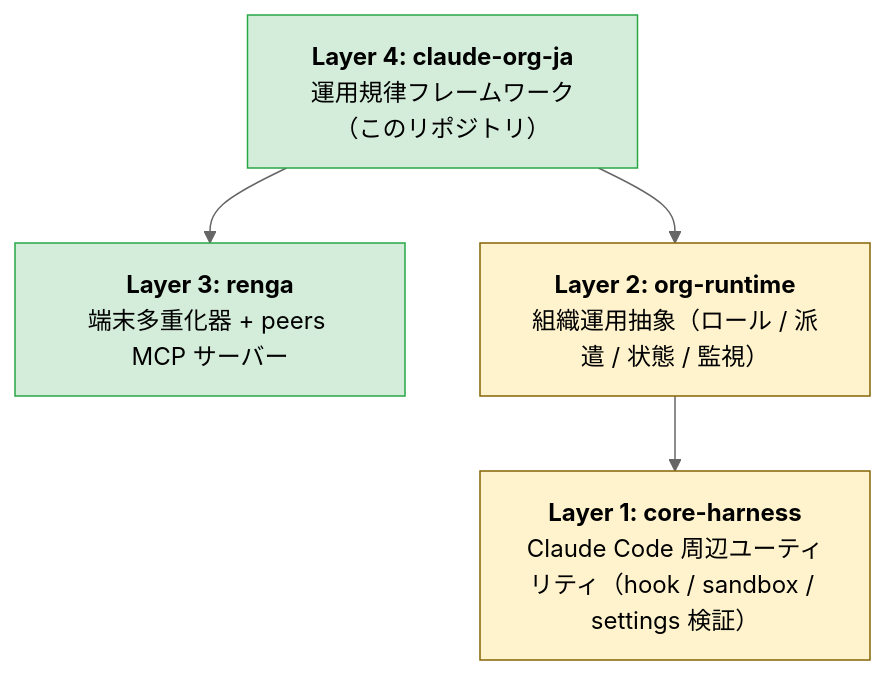
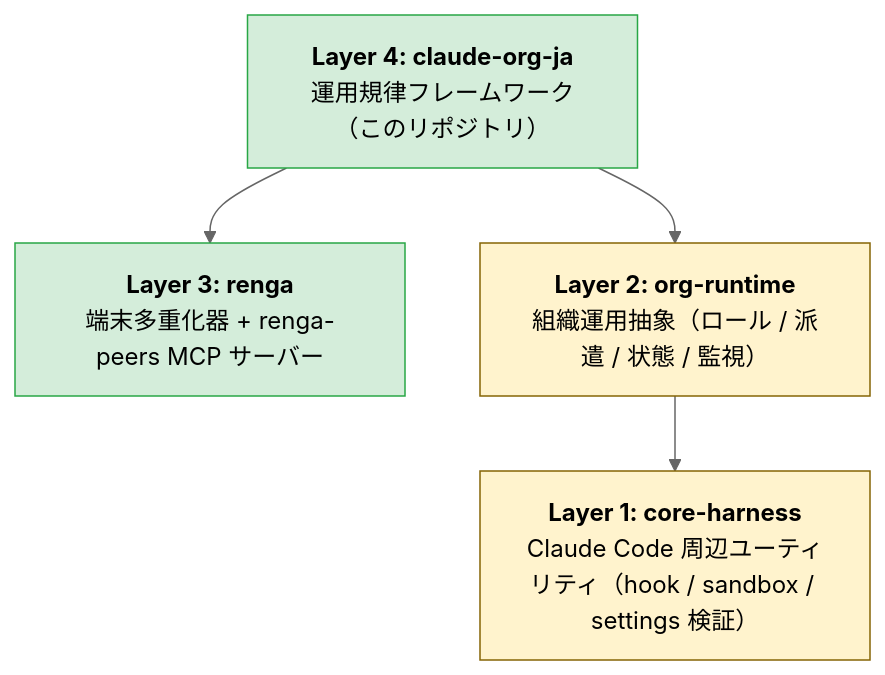
One commit to suisya-systems/claude-org-ja changed the diagram in README.md. Above: the diagram before and after it, drawn with Mermaid (neutral theme).

Commit message:
docs(readme): unify Layer 3 label as renga-peers MCP server
Codex review on PR #143 noted the diagram label said 'peers MCP
server' while the rest of README uses 'renga-peers' as the canonical
term. Align the diagram label.

````diff
--- a/README.md
+++ b/README.md
@@ -29,16 +29,16 @@
 ```mermaid
 flowchart TD
     L4["<b>Layer 4: claude-org-ja</b><br/>運用規律フレームワーク（このリポジトリ）"]
-    L3["<b>Layer 3: renga</b><br/>端末多重化器 + peers MCP サーバー"]
+    L3["<b>Layer 3: renga</b><br/>端末多重化器 + renga-peers MCP サーバー"]
     L2["<b>Layer 2: org-runtime</b><br/>組織運用抽象（ロール / 派遣 / 状態 / 監視）"]
     L1["<b>Layer 1: core-harness</b><br/>Claude Code 周辺ユーティリティ（hook / sandbox / settings 検証）"]
 
     L4 --> L3
     L4 --> L2
     L2 --> L1
 
     classDef shipped fill:#d4edda,stroke:#28a745,color:#000
     classDef planned fill:#fff3cd,stroke:#856404,color:#000
     class L4,L3 shipped
     class L2,L1 planned
 ```
````
